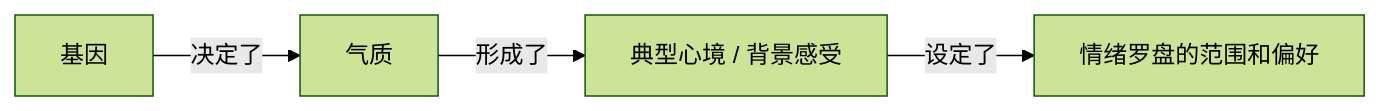
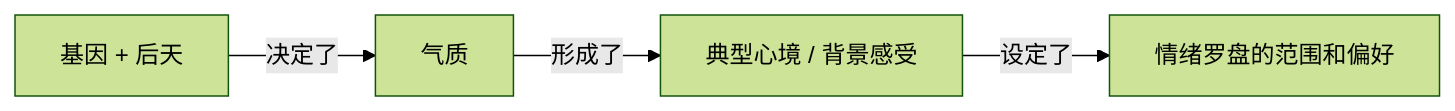
The diagram in 📚 读书笔记/❤️ 情商.md (poppop9/obsidian-new), drawn with Mermaid (forest theme) before and after one commit. The commit also changed other lines of this file, not shown here.

````diff
--- a/📚 读书笔记/❤️ 情商.md
+++ b/📚 读书笔记/❤️ 情商.md
@@ -320,6 +65,6 @@
 ```mermaid
 graph LR
-    A[基因] -->|决定了| B[气质]
+    A[基因 + 后天] -->|决定了| B[气质]
     B -->|形成了| C[典型心境 / 背景感受]
     C -->|设定了| D[情绪罗盘的范围和偏好]
 ```
````
